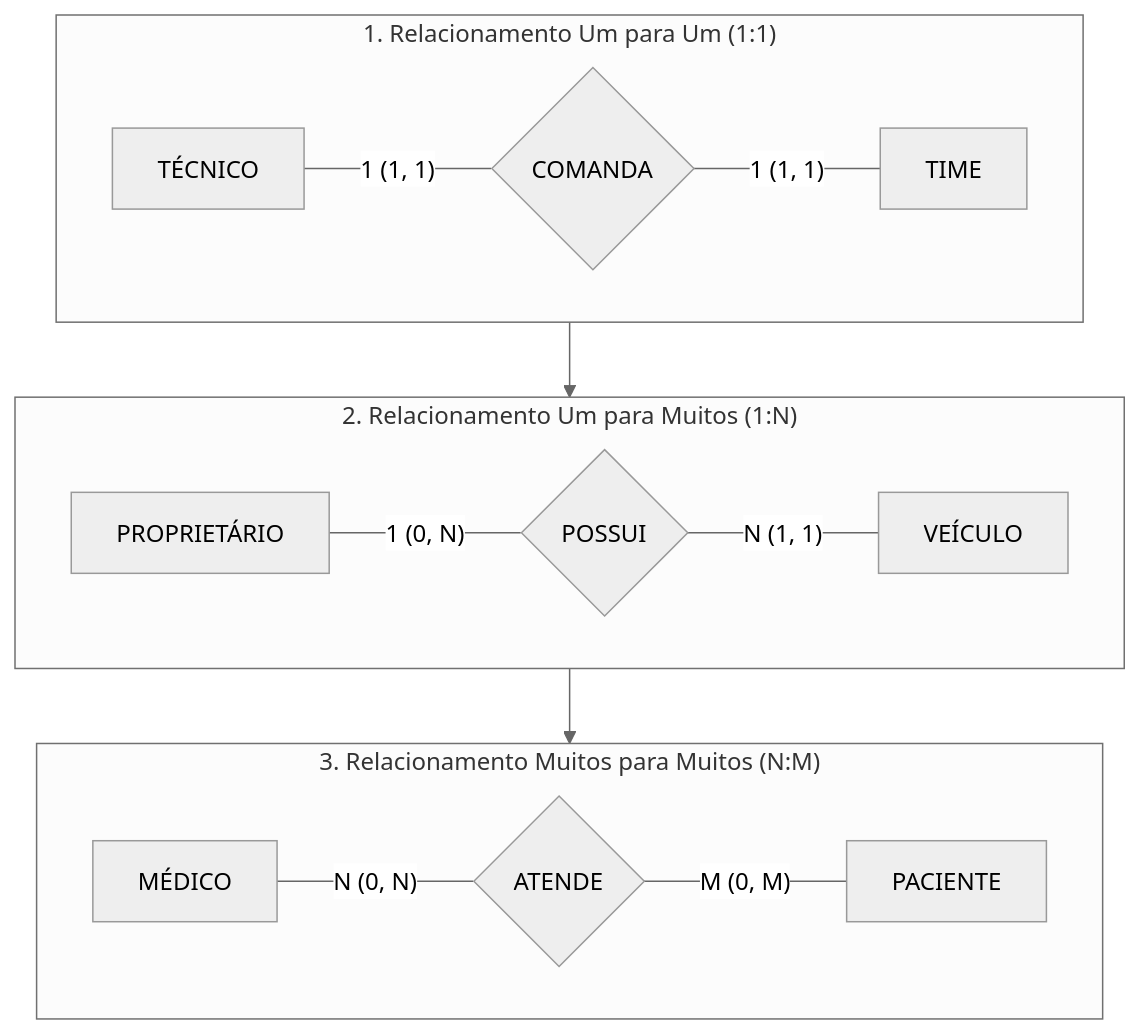
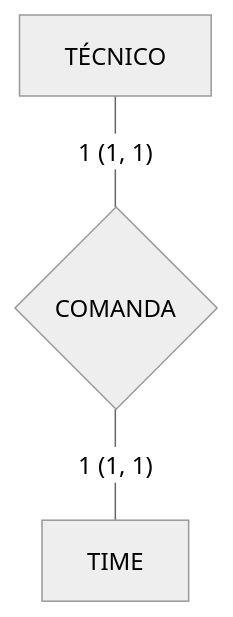
The sixth of 13 diagrams in 02. Modelagem de Dados/06. Modelagem de relacionamentos, cardinalidade e restrições de participação.md (leorruas/puc), drawn with Mermaid (neutral theme) before and after one commit. The commit also changed other lines of this file, not shown here.

Commit message:
style(modelagem-dados): split grouped subgraphs into standalone vertical diagrams in article 06

````diff
--- a/02. Modelagem de Dados/06. Modelagem de relacionamentos, cardinalidade e restrições de participação.md
+++ b/02. Modelagem de Dados/06. Modelagem de relacionamentos, cardinalidade e restrições de participação.md
@@ -125,16 +124,5 @@
 ```mermaid
 flowchart TD
-    subgraph Subgraph11["1. Relacionamento Um para Um (1:1)"]
-        T1["TÉCNICO"] ---|"1 (1, 1)"| R1{"COMANDA"} ---|"1 (1, 1)"| TM1["TIME"]
-    end
-
-    subgraph Subgraph1N["2. Relacionamento Um para Muitos (1:N)"]
-        P1["PROPRIETÁRIO"] ---|"1 (0, N)"| R2{"POSSUI"} ---|"N (1, 1)"| V1["VEÍCULO"]
-    end
-
-    subgraph SubgraphNM["3. Relacionamento Muitos para Muitos (N:M)"]
-        M1["MÉDICO"] ---|"N (0, N)"| R3{"ATENDE"} ---|"M (0, M)"| PC1["PACIENTE"]
-    end
-
-    Subgraph11 --> Subgraph1N --> SubgraphNM
+    T1["TÉCNICO"] ---|"1 (1, 1)"| R1{"COMANDA"}
+    R1 ---|"1 (1, 1)"| TM1["TIME"]
 ```
````
